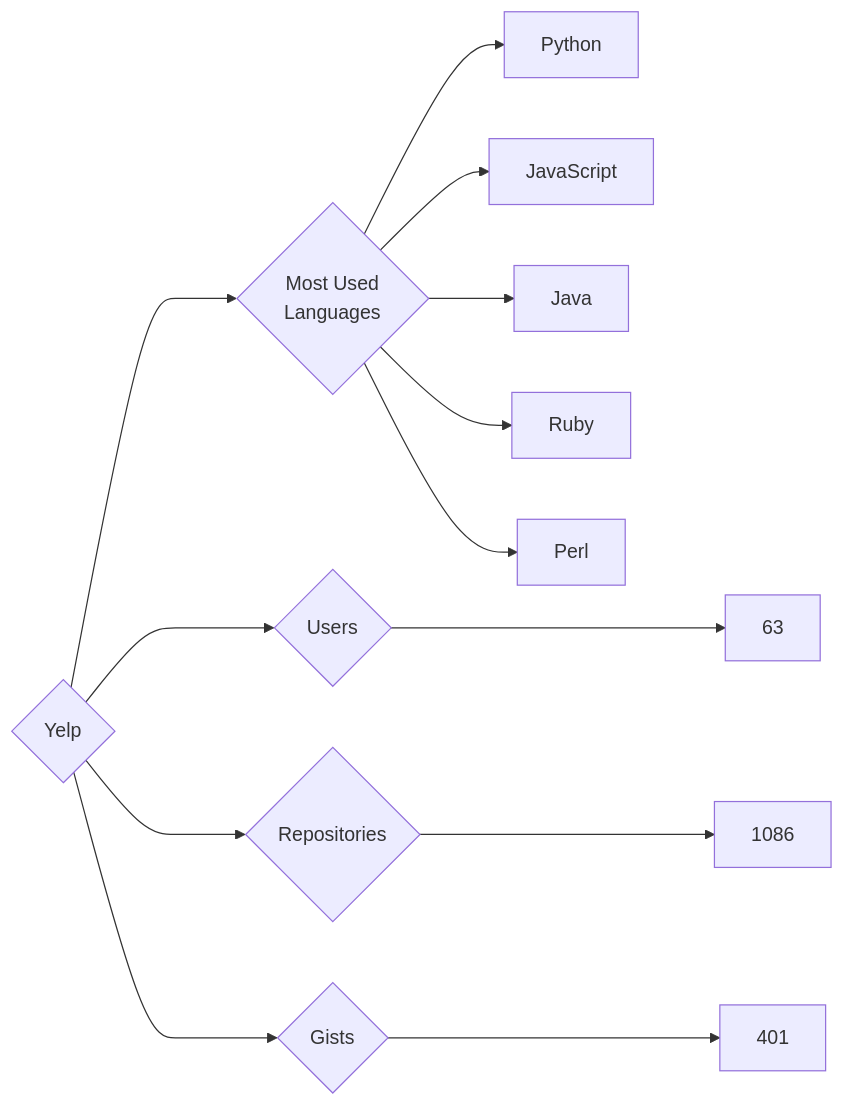
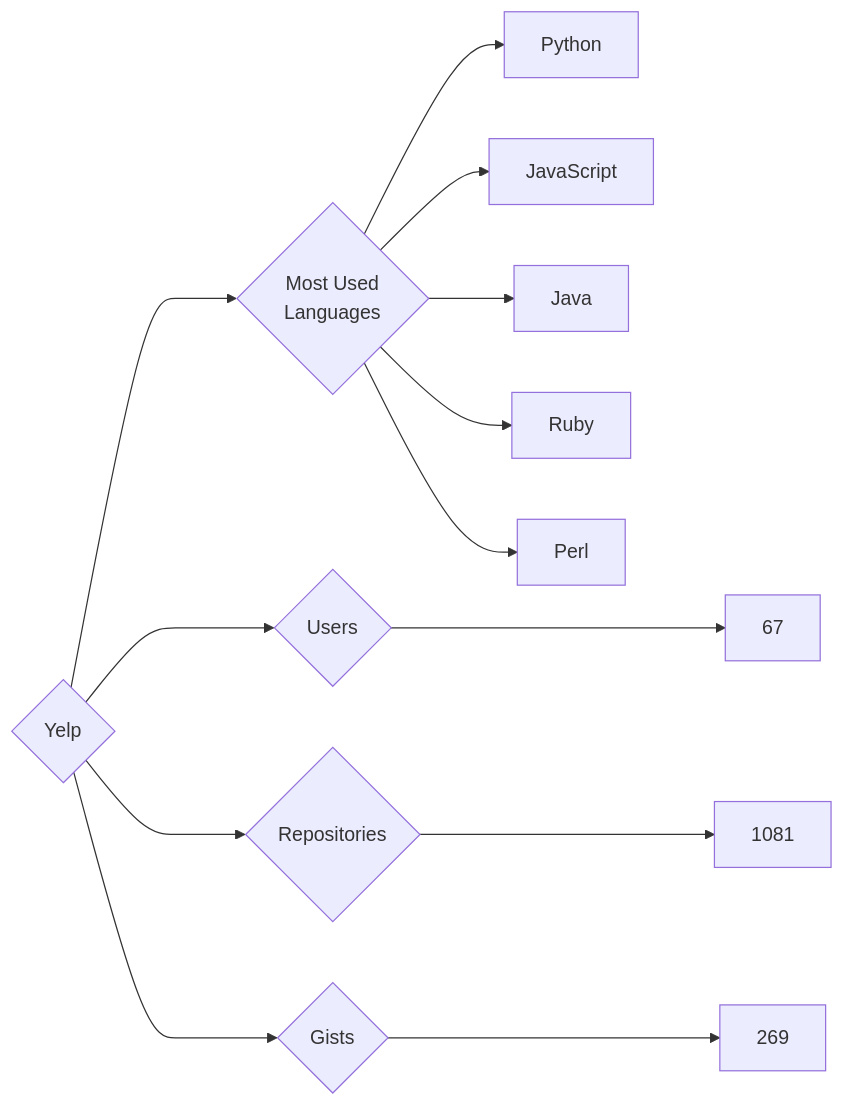
One commit to trickest/insiders changed the diagram in targets/Yelp/README.md. Above: the diagram before and after it, drawn with Mermaid. The commit also changed 1696 other files, not shown here.

````diff
--- a/targets/Yelp/README.md
+++ b/targets/Yelp/README.md
@@ -3,13 +3,13 @@
 ```mermaid
 graph LR
 COMPANY_NAME{Yelp}
-COMPANY_NAME ---> U{Users} ---> UN[63]
-COMPANY_NAME ---> R{Repositories} ---> RN[1086]
-COMPANY_NAME ---> G{Gists} ---> GN[401]
+COMPANY_NAME ---> U{Users} ---> UN[67]
+COMPANY_NAME ---> R{Repositories} ---> RN[1081]
+COMPANY_NAME ---> G{Gists} ---> GN[269]
 COMPANY_NAME ---> ML{Most Used<br>Languages}
 ML --> Python[Python]
 ML --> JavaScript[JavaScript]
 ML --> Java[Java]
 ML --> Ruby[Ruby]
 ML --> Perl[Perl]
 ```
````
